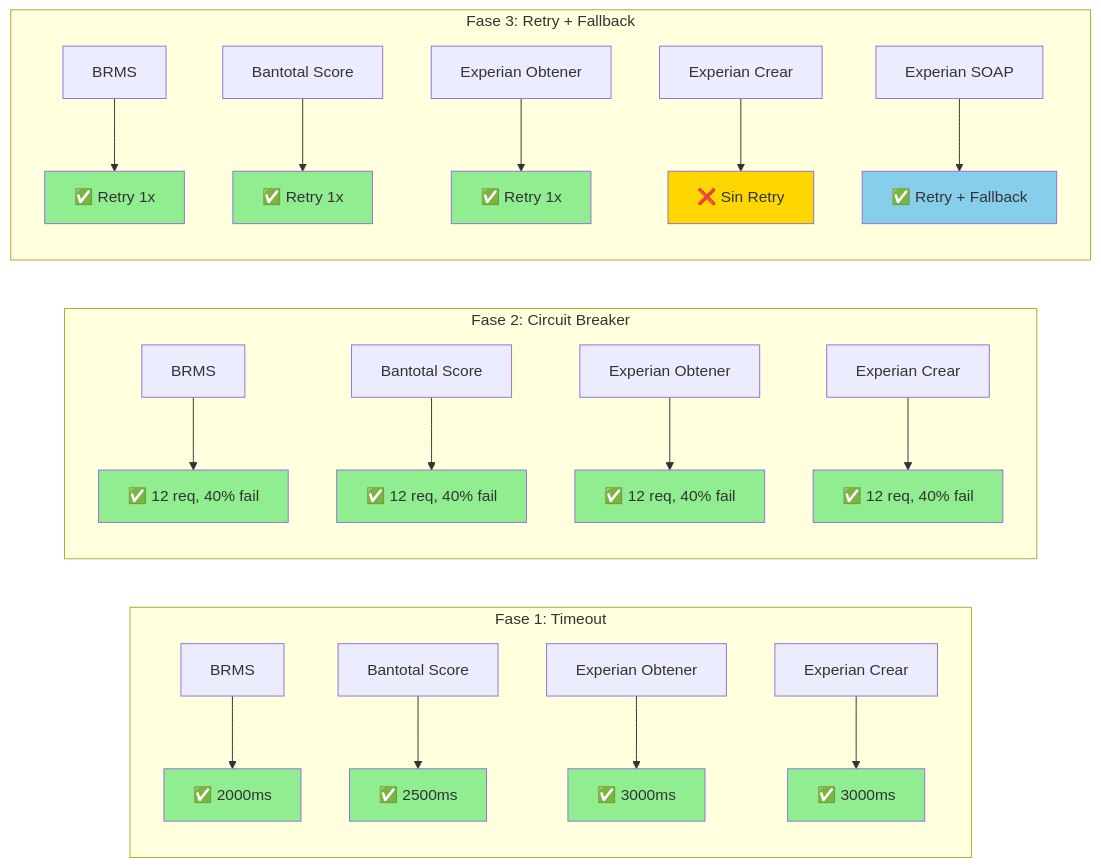
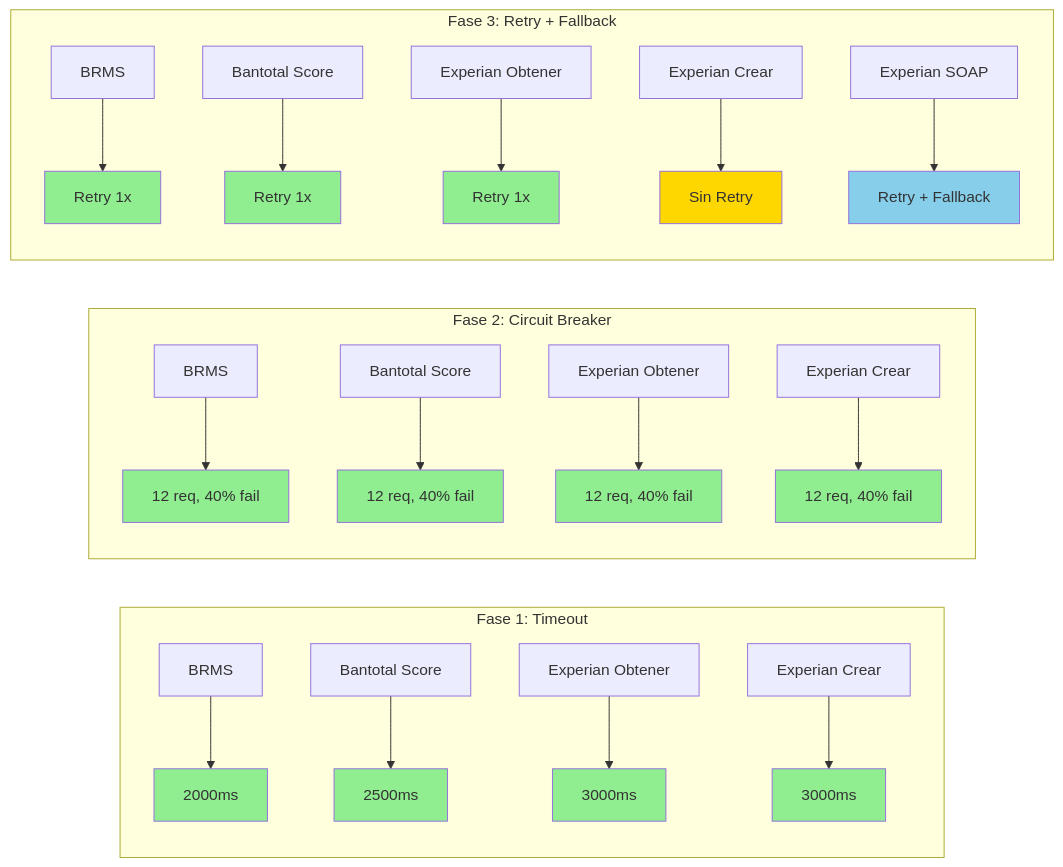
Before and after one commit to rrondinel/documents: diagram 23 of 27 in DIAGRAMAS_MERMAID_COMPARATIVOS.md, drawn with Mermaid. The commit also changed other lines of this file, not shown here.

````diff
--- a/DIAGRAMAS_MERMAID_COMPARATIVOS.md
+++ b/DIAGRAMAS_MERMAID_COMPARATIVOS.md
@@ -873,38 +873,38 @@
 ```mermaid
 graph LR
     subgraph "Fase 1: Timeout"
-        T1[BRMS] --> T2[✅ 2000ms]
-        T3[Bantotal Score] --> T4[✅ 2500ms]
-        T5[Experian Obtener] --> T6[✅ 3000ms]
-        T7[Experian Crear] --> T8[✅ 3000ms]
+        T1[BRMS] --> T2["2000ms"]
+        T3["Bantotal Score"] --> T4["2500ms"]
+        T5["Experian Obtener"] --> T6["3000ms"]
+        T7["Experian Crear"] --> T8["3000ms"]
     end
     
     subgraph "Fase 2: Circuit Breaker"
-        CB1[BRMS] --> CB2[✅ 12 req, 40% fail]
-        CB3[Bantotal Score] --> CB4[✅ 12 req, 40% fail]
-        CB5[Experian Obtener] --> CB6[✅ 12 req, 40% fail]
-        CB7[Experian Crear] --> CB8[✅ 12 req, 40% fail]
+        CB1[BRMS] --> CB2["12 req, 40% fail"]
+        CB3["Bantotal Score"] --> CB4["12 req, 40% fail"]
+        CB5["Experian Obtener"] --> CB6["12 req, 40% fail"]
+        CB7["Experian Crear"] --> CB8["12 req, 40% fail"]
     end
     
     subgraph "Fase 3: Retry + Fallback"
-        R1[BRMS] --> R2[✅ Retry 1x]
-        R3[Bantotal Score] --> R4[✅ Retry 1x]
-        R5[Experian Obtener] --> R6[✅ Retry 1x]
-        R7[Experian Crear] --> R8[❌ Sin Retry]
-        R9[Experian SOAP] --> R10[✅ Retry + Fallback]
+        R1[BRMS] --> R2["Retry 1x"]
+        R3["Bantotal Score"] --> R4["Retry 1x"]
+        R5["Experian Obtener"] --> R6["Retry 1x"]
+        R7["Experian Crear"] --> R8["Sin Retry"]
+        R9["Experian SOAP"] --> R10["Retry + Fallback"]
     end
     
     style T2 fill:#90EE90
     style T4 fill:#90EE90
     style T6 fill:#90EE90
     style T8 fill:#90EE90
     style CB2 fill:#90EE90
     style CB4 fill:#90EE90
     style CB6 fill:#90EE90
     style CB8 fill:#90EE90
     style R2 fill:#90EE90
     style R4 fill:#90EE90
     style R6 fill:#90EE90
     style R8 fill:#FFD700
     style R10 fill:#87CEEB
 ```
````
